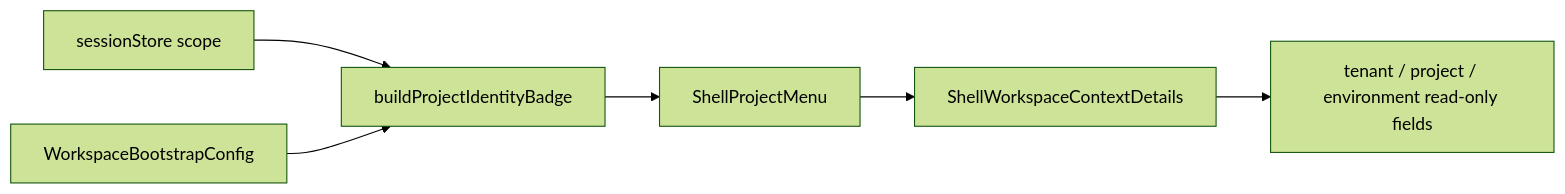
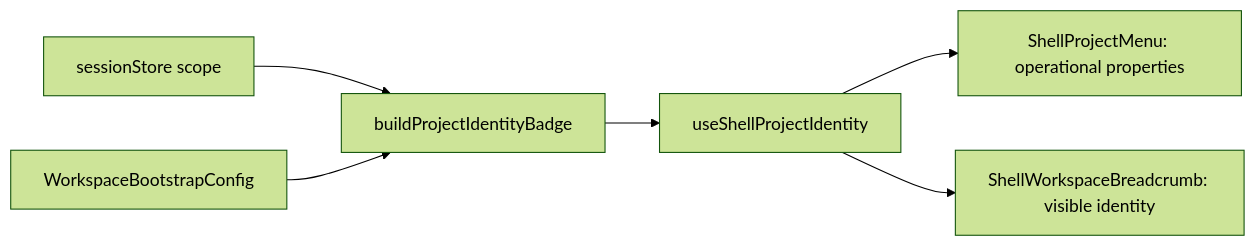
Before and after one commit to dunay2/dvt: diagram 17 of 34 in docs/architecture/components/web/appshell/app-shell.md, drawn with Mermaid (forest theme). The commit also changed other lines of this file and 14 other files, not shown here.

Commit message:
refactor(web): Show workspace breadcrumb and consolidate project properties (#3848)

````diff
--- a/docs/architecture/components/web/appshell/app-shell.md
+++ b/docs/architecture/components/web/appshell/app-shell.md
@@ -578,8 +579,8 @@
 ```mermaid
 flowchart LR
   Store["sessionStore scope"] --> Model["buildProjectIdentityBadge"]
   Config["WorkspaceBootstrapConfig"] --> Model
-  Model --> Menu["ShellProjectMenu"]
-  Menu --> Details["ShellWorkspaceContextDetails"]
-  Details --> Context["tenant / project / environment read-only fields"]
+  Model --> Binding["useShellProjectIdentity"]
+  Binding --> Menu["ShellProjectMenu: operational properties"]
+  Binding --> Breadcrumb["ShellWorkspaceBreadcrumb: visible identity"]
 ```
````
